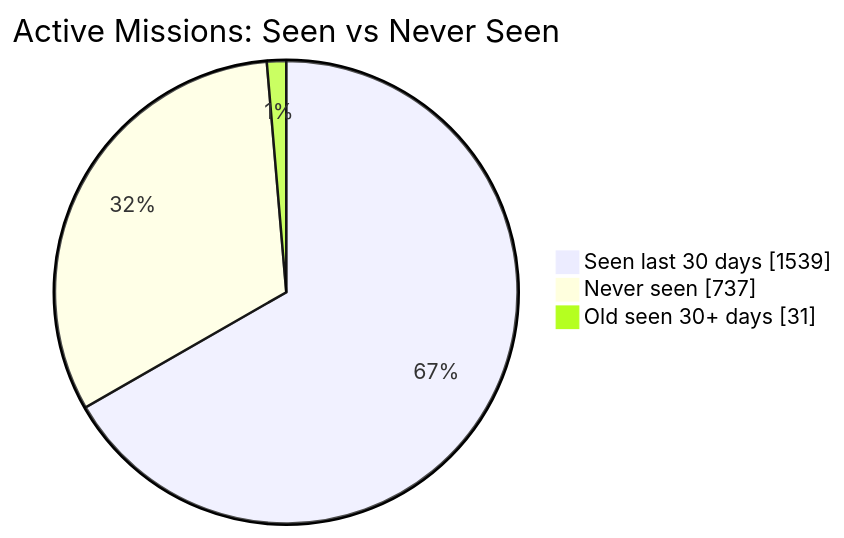
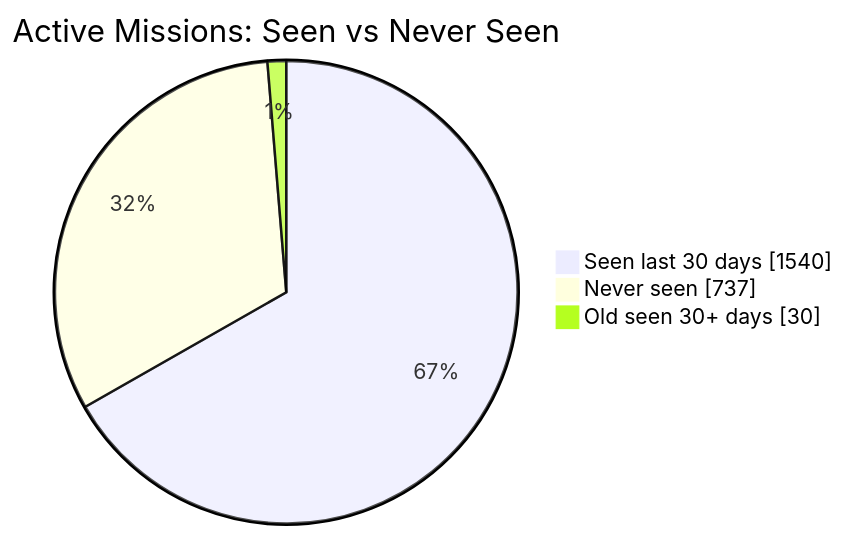
Before and after one commit to MeldkamerspelGameTeam/active-missions: the first of 2 diagrams in README.md, drawn with Mermaid. The commit also changed other lines of this file and 3 other files, not shown here.

````diff
--- a/README.md
+++ b/README.md
@@ -34,7 +34,7 @@
 ```mermaid
 pie showData
     title Active Missions: Seen vs Never Seen
-    "Seen last 30 days" : 1539
+    "Seen last 30 days" : 1540
     "Never seen" : 737
-    "Old seen 30+ days" : 31
+    "Old seen 30+ days" : 30
 ```
````
